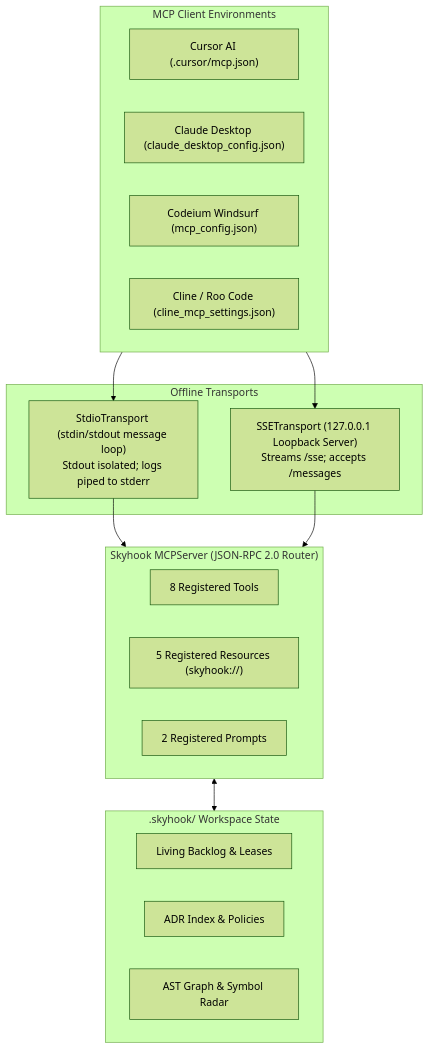
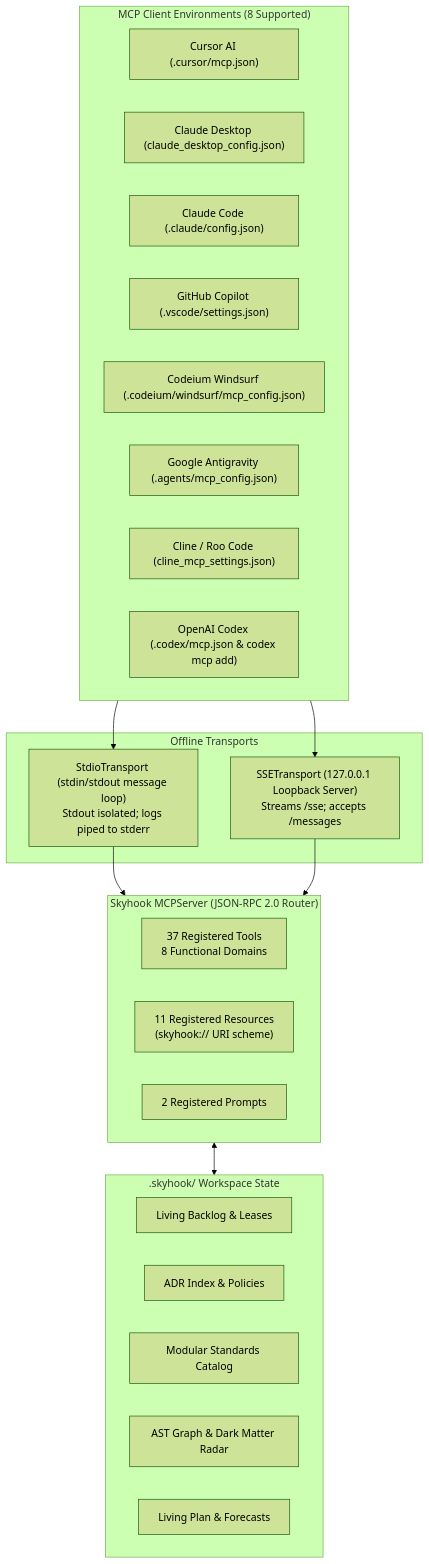
One commit to asadayoub/skyhook changed the diagram in skyhook/docs/MCP_SERVER.md. Above: the diagram before and after it, drawn with Mermaid (forest theme). The commit also changed other lines of this file and 10 other files, not shown here.

````diff
--- a/skyhook/docs/MCP_SERVER.md
+++ b/skyhook/docs/MCP_SERVER.md
@@ -9,32 +9,38 @@
 ```mermaid
 flowchart TD
-    subgraph Clients["MCP Client Environments"]
+    subgraph Clients["MCP Client Environments (8 Supported)"]
         Cursor["Cursor AI (.cursor/mcp.json)"]
-        Claude["Claude Desktop (claude_desktop_config.json)"]
-        Windsurf["Codeium Windsurf (mcp_config.json)"]
+        ClaudeDesk["Claude Desktop (claude_desktop_config.json)"]
+        ClaudeCode["Claude Code (.claude/config.json)"]
+        Copilot["GitHub Copilot (.vscode/settings.json)"]
+        Windsurf["Codeium Windsurf (.codeium/windsurf/mcp_config.json)"]
+        Antigravity["Google Antigravity (.agents/mcp_config.json)"]
         Cline["Cline / Roo Code (cline_mcp_settings.json)"]
+        Codex["OpenAI Codex (.codex/mcp.json & codex mcp add)"]
     end
 
     subgraph TransportLayer["Offline Transports"]
         Stdio["StdioTransport (stdin/stdout message loop)<br/>Stdout isolated; logs piped to stderr"]
         SSE["SSETransport (127.0.0.1 Loopback Server)<br/>Streams /sse; accepts /messages"]
     end
 
     subgraph MCPEngine["Skyhook MCPServer (JSON-RPC 2.0 Router)"]
-        Tools["8 Registered Tools"]
-        Resources["5 Registered Resources (skyhook://)"]
+        Tools["37 Registered Tools<br/>8 Functional Domains"]
+        Resources["11 Registered Resources<br/>(skyhook:// URI scheme)"]
         Prompts["2 Registered Prompts"]
     end
 
     subgraph SkyhookState[".skyhook/ Workspace State"]
         Backlog["Living Backlog & Leases"]
         ADRs["ADR Index & Policies"]
-        Trace["AST Graph & Symbol Radar"]
+        Standards["Modular Standards Catalog"]
+        Trace["AST Graph & Dark Matter Radar"]
+        Plan["Living Plan & Forecasts"]
     end
 
     Clients --> Stdio
     Clients --> SSE
     Stdio --> MCPEngine
     SSE --> MCPEngine
     MCPEngine <--> SkyhookState
 ```
````
